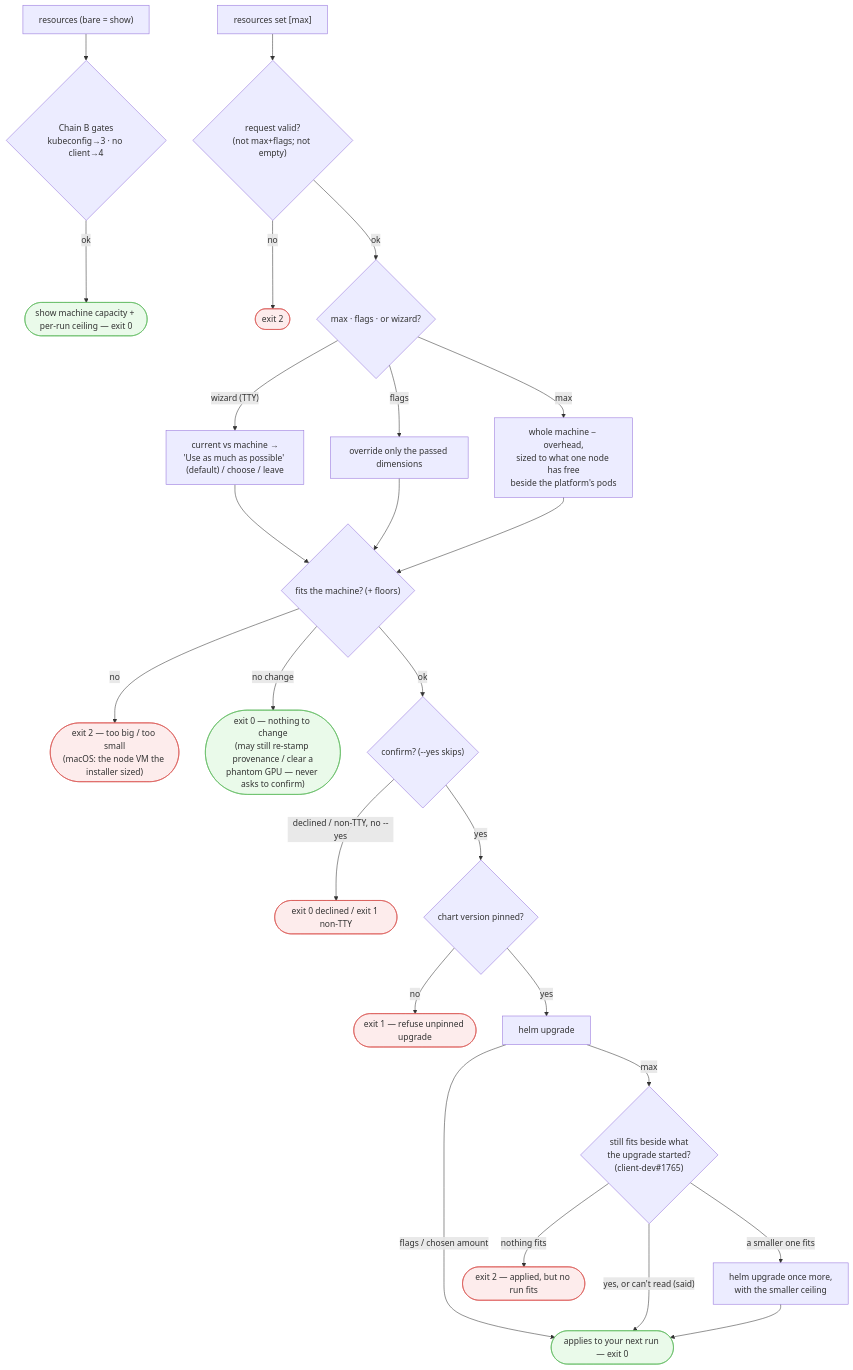
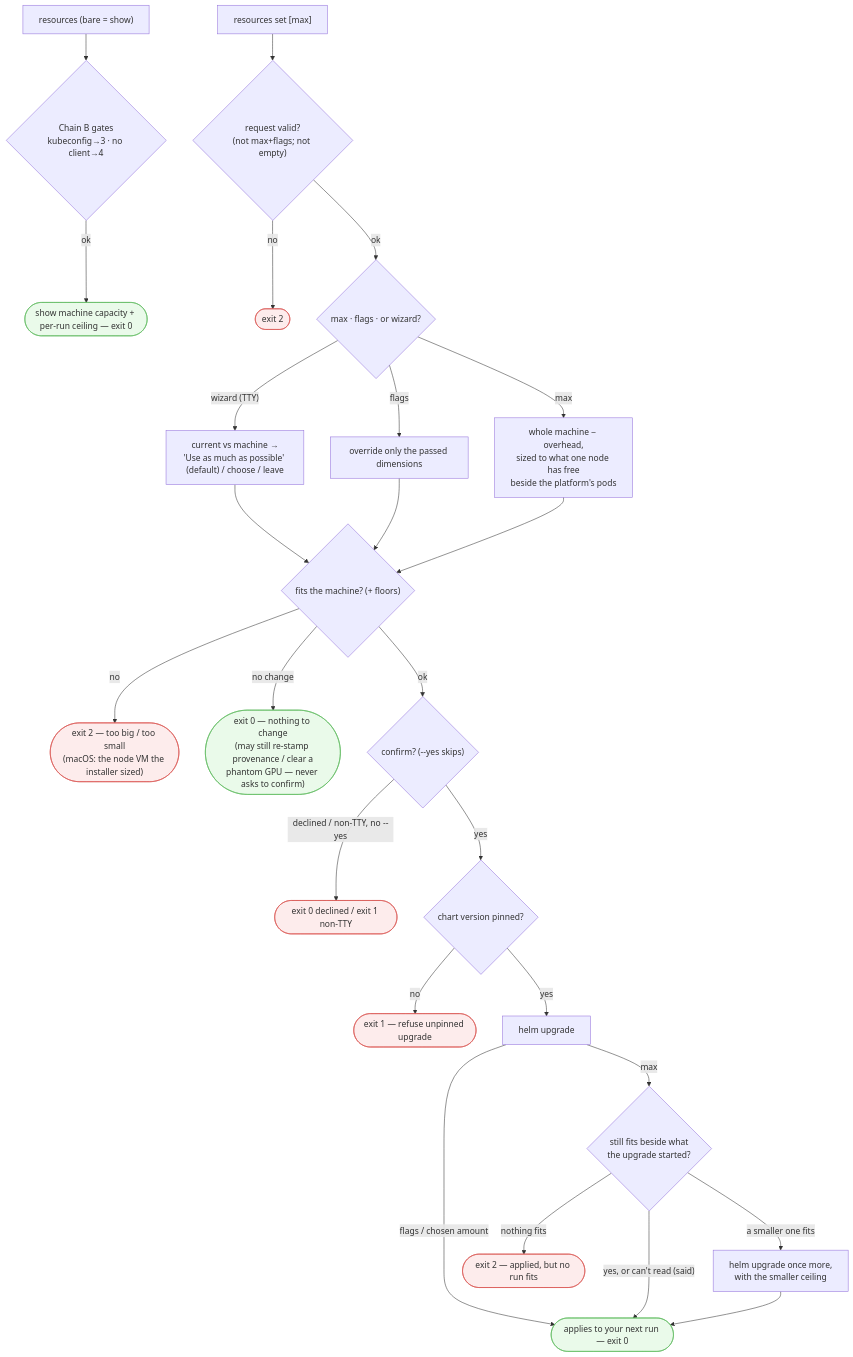
Before and after one commit to tracebloc/cli: the fourth of 4 diagrams in docs/cli-navigation.md, drawn with Mermaid. The commit also changed 1 other file, not shown here.

Commit message:
Publish v0.12.18

````diff
--- a/docs/cli-navigation.md
+++ b/docs/cli-navigation.md
@@ -129,32 +129,32 @@
 ```mermaid
 flowchart TD
   R0["resources (bare = show)"] --> Rg{"Chain B gates<br/>kubeconfig→3 · no client→4"}
   Rg -->|ok| RS(["show machine capacity + per-run ceiling — exit 0"]):::ok
 
   RSET["resources set [max]"] --> RVsh{"request valid?<br/>(not max+flags; not empty)"}
   RVsh -->|no| re2a(["exit 2"]):::fail
   RVsh -->|ok| Rmode{"max · flags · or wizard?"}
   Rmode -->|"wizard (TTY)"| RW["current vs machine →<br/>'Use as much as possible' (default) / choose / leave"]
   Rmode -->|flags| RF["override only the passed dimensions"]
   Rmode -->|max| RM["whole machine − overhead,<br/>sized to what one node has free<br/>beside the platform's pods"]
   RW --> FIT
   RF --> FIT
   RM --> FIT
 
   FIT{"fits the machine? (+ floors)"}
   FIT -->|no| re2b(["exit 2 — too big / too small<br/>(macOS: the node VM the installer sized)"]):::fail
   FIT -->|"no change"| re0n(["exit 0 — nothing to change<br/>(may still re-stamp provenance / clear a<br/>phantom GPU — never asks to confirm)"]):::ok
   FIT -->|ok| CONF{"confirm? (--yes skips)"}
   CONF -->|"declined / non-TTY, no --yes"| re0c(["exit 0 declined / exit 1 non-TTY"]):::fail
   CONF -->|yes| PIN{"chart version pinned?"}
   PIN -->|no| re1(["exit 1 — refuse unpinned upgrade"]):::fail
   PIN -->|yes| UP["helm upgrade"]
   UP -->|"flags / chosen amount"| APPLY(["applies to your next run — exit 0"]):::ok
-  UP -->|max| AGAIN{"still fits beside what<br/>the upgrade started?<br/>(client-dev#1765)"}
+  UP -->|max| AGAIN{"still fits beside what<br/>the upgrade started?"}
   AGAIN -->|"yes, or can't read (said)"| APPLY
   AGAIN -->|"a smaller one fits"| DOWN["helm upgrade once more,<br/>with the smaller ceiling"] --> APPLY
   AGAIN -->|"nothing fits"| re2c(["exit 2 — applied, but no run fits"]):::fail
 
   classDef fail fill:#fdecec,stroke:#d9534f;
   classDef ok fill:#eafaea,stroke:#5cb85c;
 ```
````
